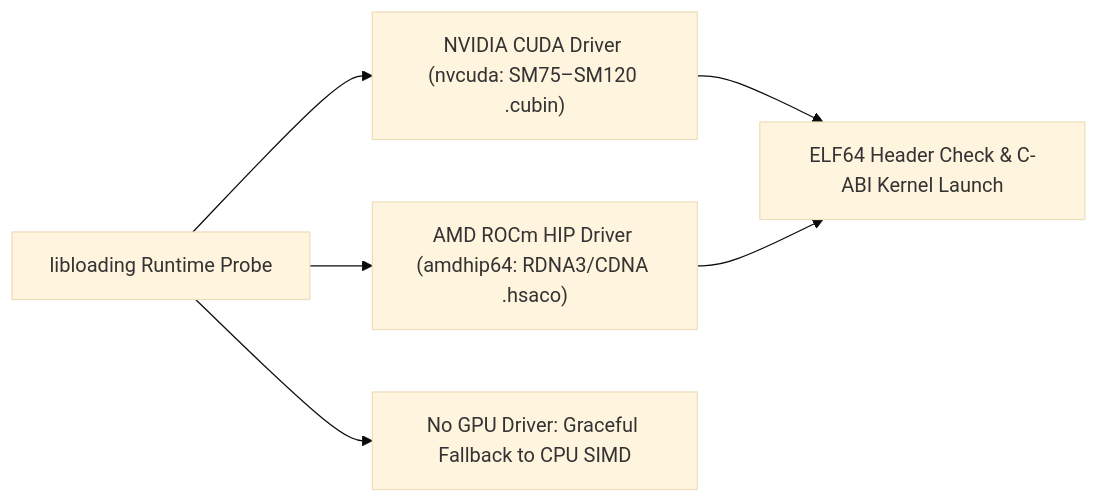
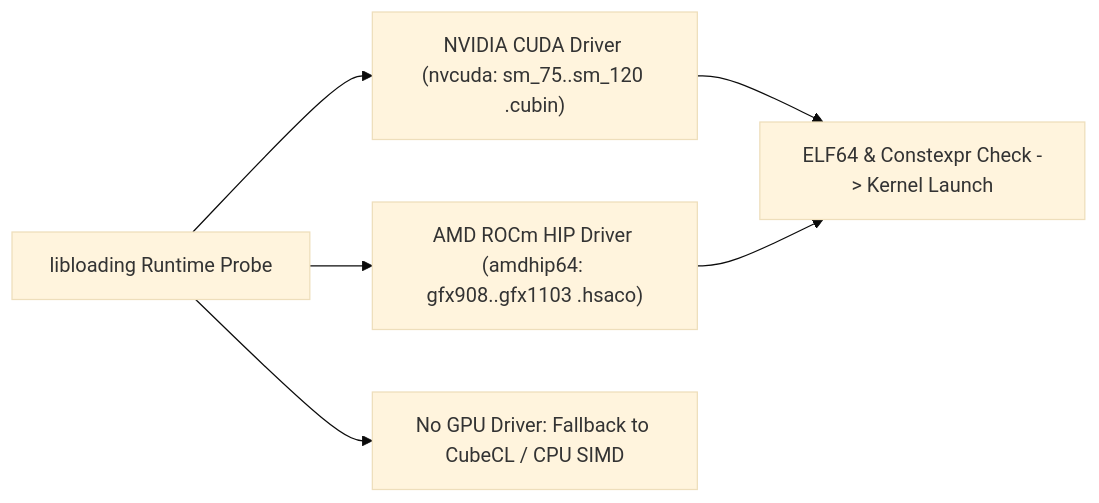
The diagram in docs/optimize/triton_aot/README.md (cloverx-id/luminamoon), drawn with Mermaid (base theme) before and after one commit. The commit also changed other lines of this file and 524 other files, not shown here.

````diff
--- a/docs/optimize/triton_aot/README.md
+++ b/docs/optimize/triton_aot/README.md
@@ -11,8 +11,8 @@
 ```mermaid
 flowchart LR
-    Probe["libloading Runtime Probe"] --> CUDA["NVIDIA CUDA Driver (nvcuda: SM75–SM120 .cubin)"]
-    Probe --> ROCm["AMD ROCm HIP Driver (amdhip64: RDNA3/CDNA .hsaco)"]
-    Probe --> Fallback["No GPU Driver: Graceful Fallback to CPU SIMD"]
-    CUDA --> Launch["ELF64 Header Check & C-ABI Kernel Launch"]
+    Probe["libloading Runtime Probe"] --> CUDA["NVIDIA CUDA Driver (nvcuda: sm_75..sm_120 .cubin)"]
+    Probe --> ROCm["AMD ROCm HIP Driver (amdhip64: gfx908..gfx1103 .hsaco)"]
+    Probe --> Fallback["No GPU Driver: Fallback to CubeCL / CPU SIMD"]
+    CUDA --> Launch["ELF64 & Constexpr Check -> Kernel Launch"]
     ROCm --> Launch
 ```
````
